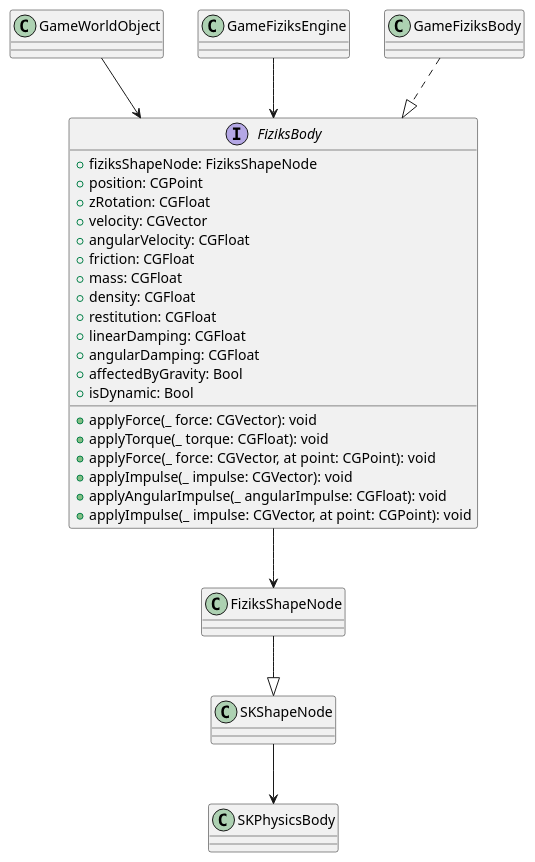
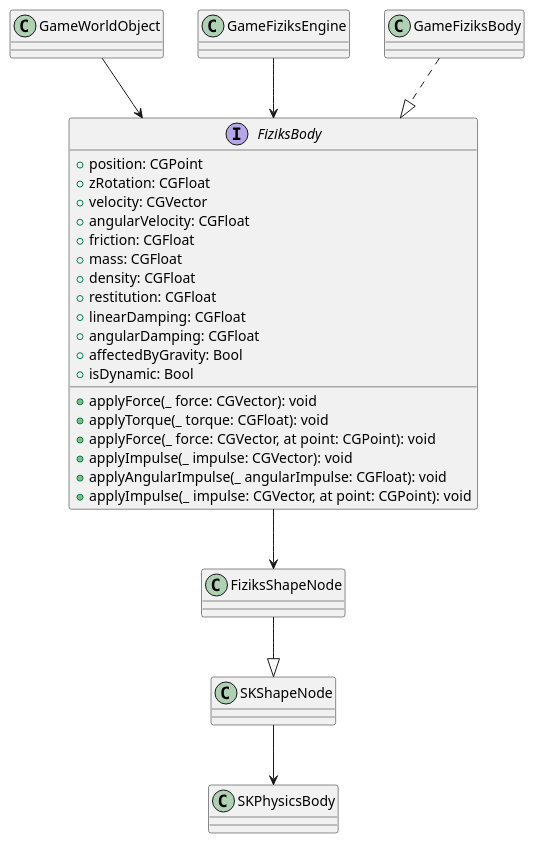
Before and after one commit to tumbling-towers/TumblingTowersGame: the diagram in Docs/Diagrams/Physics/fiziks-body-class-1.puml, drawn with PlantUML. The commit also changed 21 other files, not shown here.

Commit message:
update diagrams and fix small swiftlint errors

```diff
--- a/Docs/Diagrams/Physics/fiziks-body-class-1.puml
+++ b/Docs/Diagrams/Physics/fiziks-body-class-1.puml
@@ -1,30 +1,29 @@
 @startuml
 interface FiziksBody {
-    + fiziksShapeNode: FiziksShapeNode
     + position: CGPoint
     + zRotation: CGFloat
     + velocity: CGVector
     + angularVelocity: CGFloat
     + friction: CGFloat
     + mass: CGFloat
     + density: CGFloat
     + restitution: CGFloat
     + linearDamping: CGFloat
     + angularDamping: CGFloat
     + affectedByGravity: Bool
     + isDynamic: Bool
     + applyForce(_ force: CGVector): void
     + applyTorque(_ torque: CGFloat): void
     + applyForce(_ force: CGVector, at point: CGPoint): void
     + applyImpulse(_ impulse: CGVector): void
     + applyAngularImpulse(_ angularImpulse: CGFloat): void
     + applyImpulse(_ impulse: CGVector, at point: CGPoint): void
 }
 
 GameWorldObject --> FiziksBody
 GameFiziksEngine --> FiziksBody
 FiziksBody --> FiziksShapeNode
 FiziksShapeNode --|> SKShapeNode
 SKShapeNode --> SKPhysicsBody
 GameFiziksBody ..|> FiziksBody
 @enduml
```
